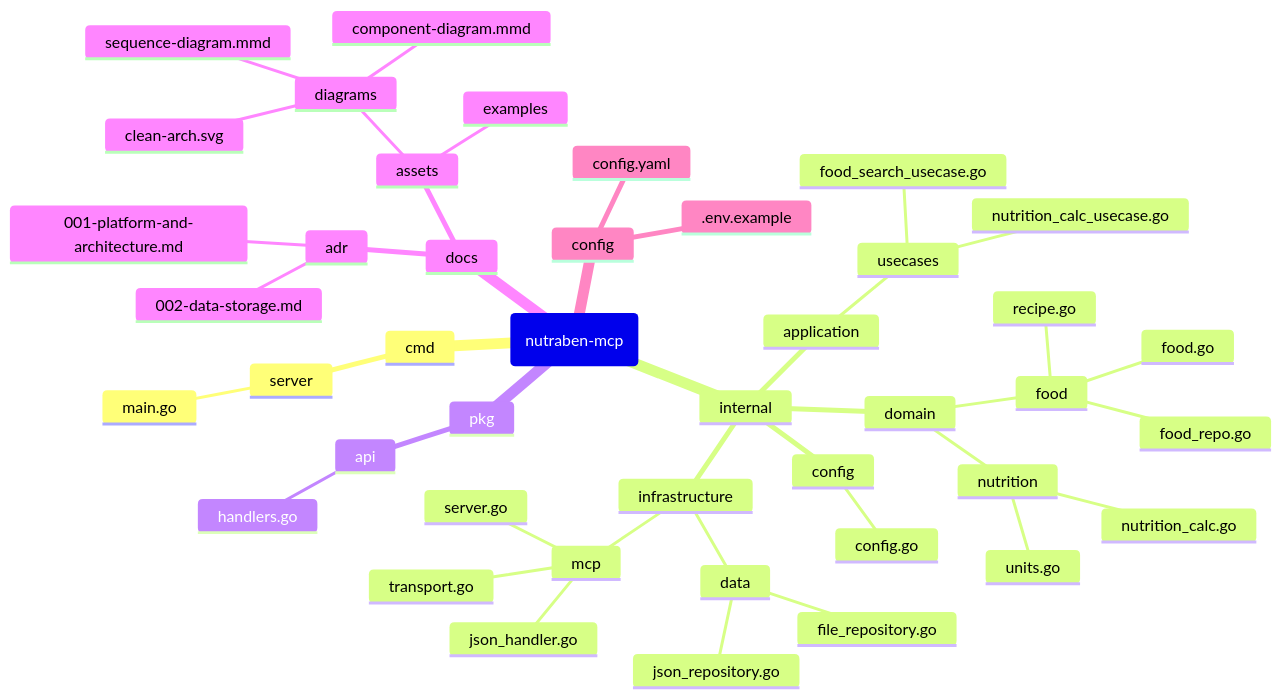
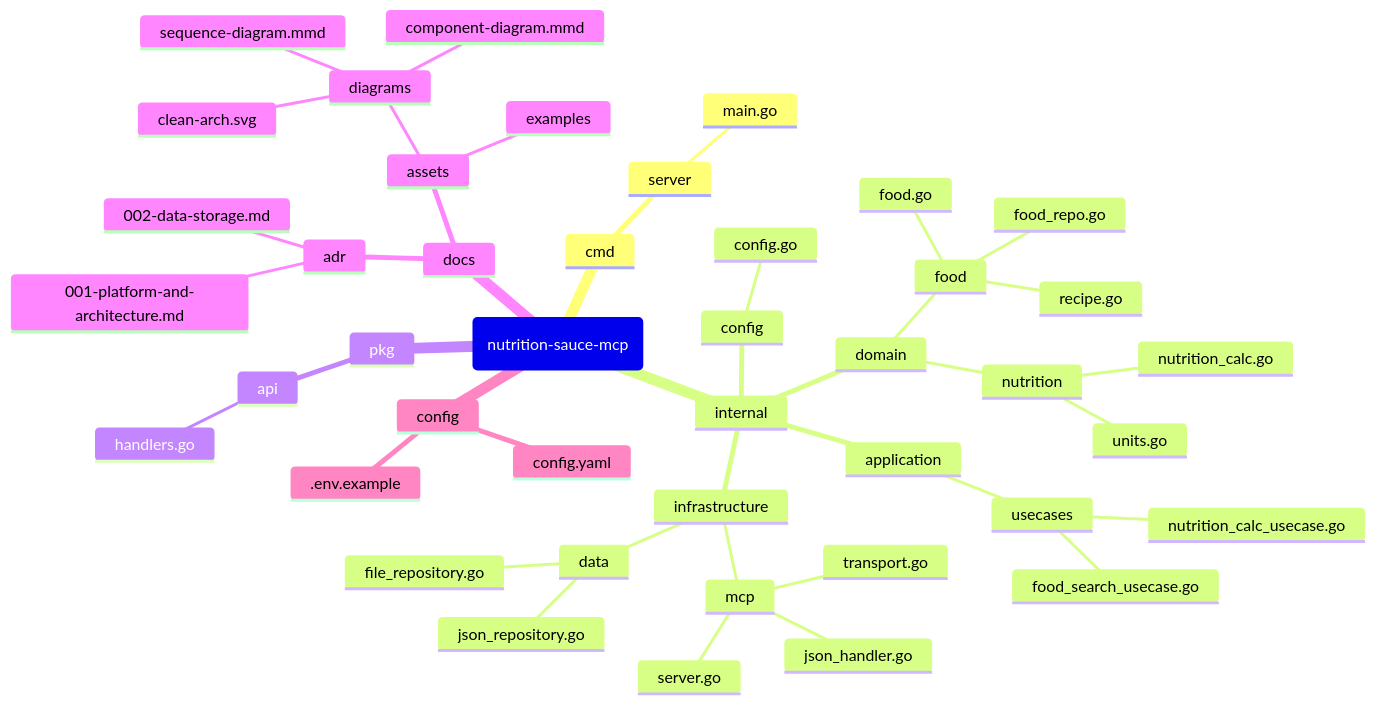
One commit to heltonrlustosa/nutrition-sauce changed the diagram in docs/assets/diagrams/package-structure.mmd. Above: the diagram before and after it, drawn with Mermaid. The commit also changed 1 other file, not shown here.

Commit message:
docs(nutrition-sauce): change name in diagrams

```diff
--- a/docs/assets/diagrams/package-structure.mmd
+++ b/docs/assets/diagrams/package-structure.mmd
@@ -1,49 +1,49 @@
 ---
 title: Go Package Structure
 type: mindmap
 ---
 
 mindmap
-  root("nutraben-mcp")
+  root("nutrition-sauce-mcp")
     cmd
       server
         main.go
     internal
       domain
         food
           food.go
           food_repo.go
           recipe.go
         nutrition
           nutrition_calc.go
           units.go
       application
         usecases
           food_search_usecase.go
           nutrition_calc_usecase.go
       infrastructure
         data
           file_repository.go
           json_repository.go
         mcp
           server.go
           transport.go
           json_handler.go
       config
         config.go
     pkg
       api
         handlers.go
     docs
       adr
         001-platform-and-architecture.md
         002-data-storage.md
       assets
         diagrams
           clean-arch.svg
           sequence-diagram.mmd
           component-diagram.mmd
         examples
     config
       config.yaml
       .env.example
```
